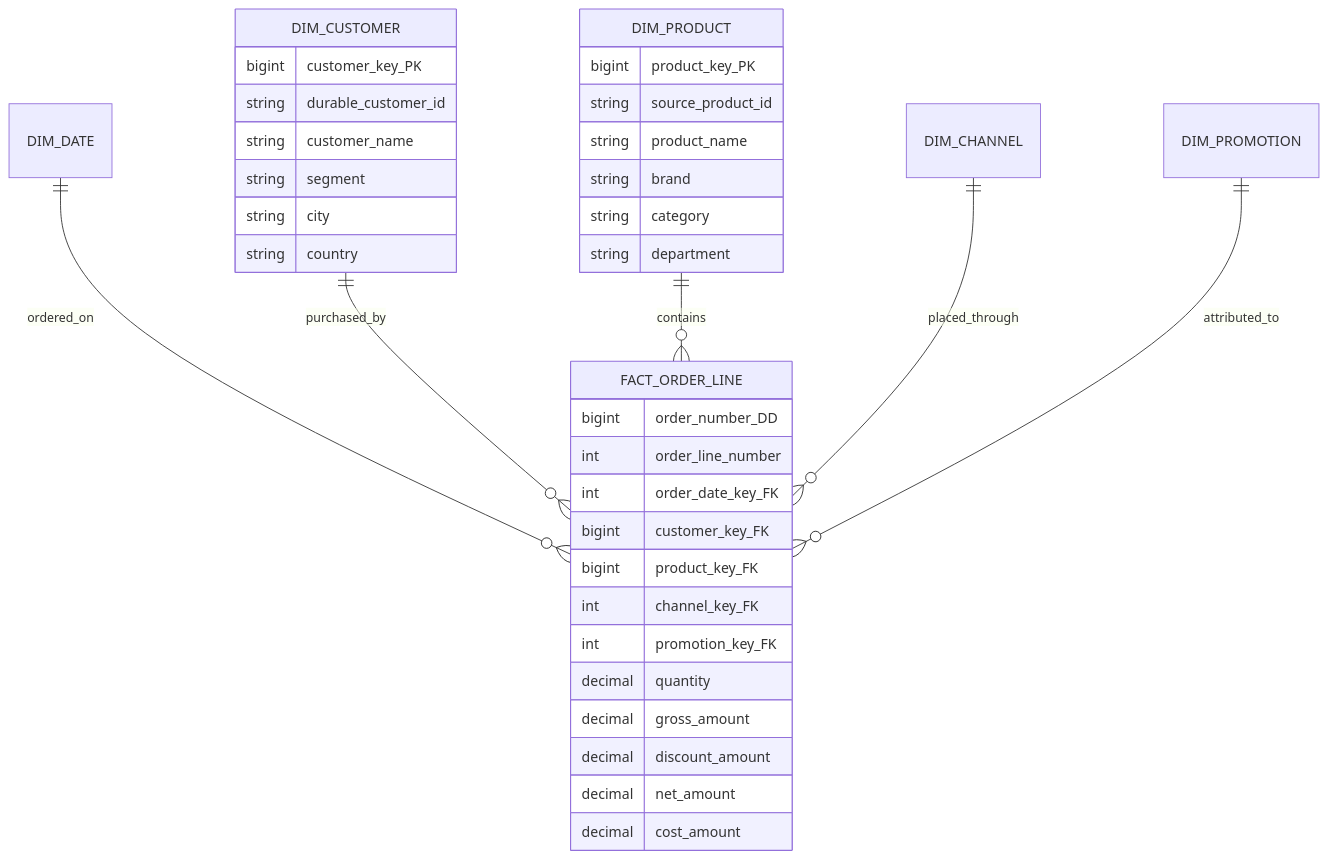
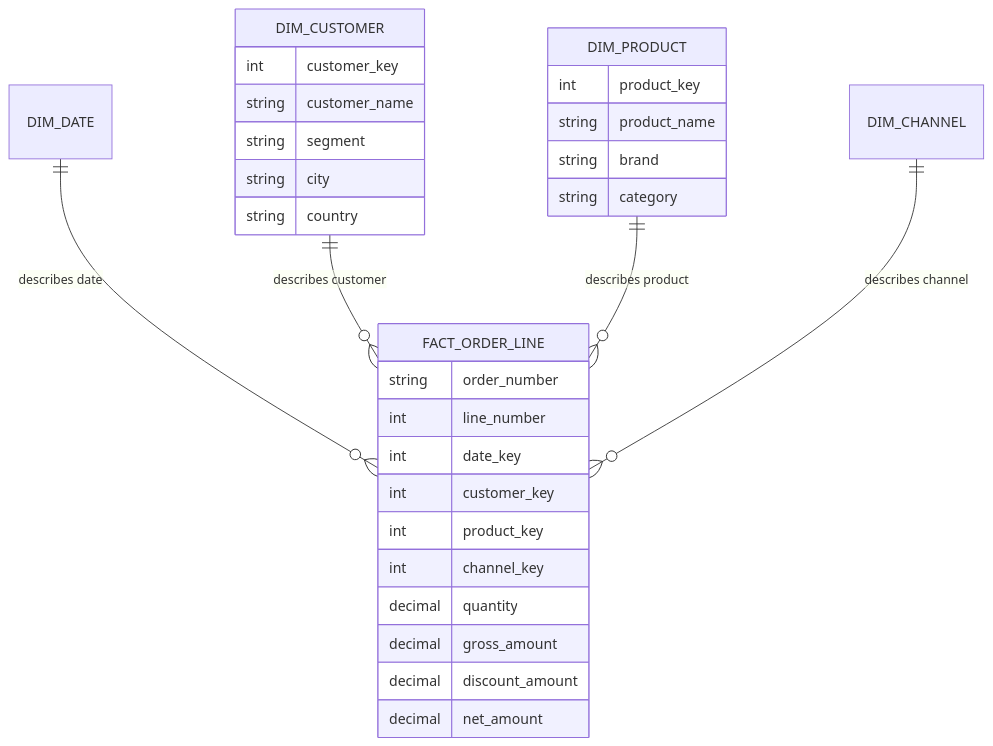
Before and after one commit to afmarques20/data-modelling-practices: the second of 5 diagrams in 01-foundations/dimensional-modeling.md, drawn with Mermaid. The commit also changed other lines of this file, not shown here.

````diff
--- a/01-foundations/dimensional-modeling.md
+++ b/01-foundations/dimensional-modeling.md
@@ -52,41 +134,35 @@
 ```mermaid
 erDiagram
-    DIM_DATE ||--o{ FACT_ORDER_LINE : ordered_on
-    DIM_CUSTOMER ||--o{ FACT_ORDER_LINE : purchased_by
-    DIM_PRODUCT ||--o{ FACT_ORDER_LINE : contains
-    DIM_CHANNEL ||--o{ FACT_ORDER_LINE : placed_through
-    DIM_PROMOTION ||--o{ FACT_ORDER_LINE : attributed_to
+    DIM_DATE ||--o{ FACT_ORDER_LINE : "describes date"
+    DIM_CUSTOMER ||--o{ FACT_ORDER_LINE : "describes customer"
+    DIM_PRODUCT ||--o{ FACT_ORDER_LINE : "describes product"
+    DIM_CHANNEL ||--o{ FACT_ORDER_LINE : "describes channel"
 
     FACT_ORDER_LINE {
-        bigint order_number_DD
-        int order_line_number
-        int order_date_key_FK
-        bigint customer_key_FK
-        bigint product_key_FK
-        int channel_key_FK
-        int promotion_key_FK
+        string order_number
+        int line_number
+        int date_key
+        int customer_key
+        int product_key
+        int channel_key
         decimal quantity
         decimal gross_amount
         decimal discount_amount
         decimal net_amount
-        decimal cost_amount
     }
 
     DIM_CUSTOMER {
-        bigint customer_key_PK
-        string durable_customer_id
+        int customer_key
         string customer_name
         string segment
         string city
         string country
     }
 
     DIM_PRODUCT {
-        bigint product_key_PK
-        string source_product_id
+        int product_key
         string product_name
         string brand
         string category
-        string department
     }
 ```
````
